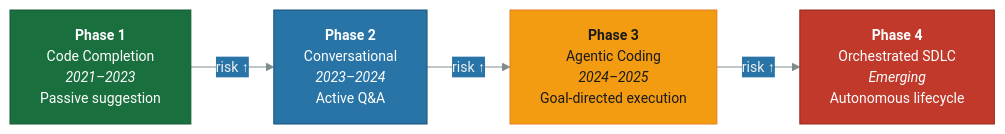
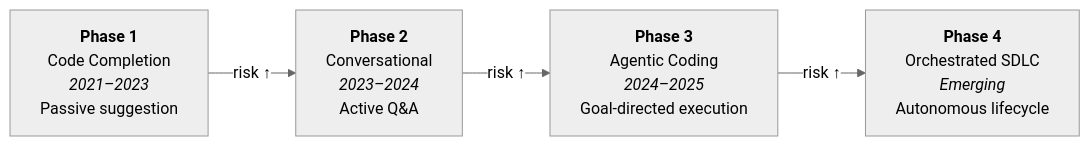
Before and after one commit to danielmeppiel/agentic-sdlc-handbook: the diagram in handbook/ch02-the-ai-native-landscape.qmd, drawn with Mermaid. The commit also changed 15 other files, not shown here.

First line of the commit message:
fix: strip custom colors, use Mermaid neutral theme for clean diagrams

````diff
--- a/handbook/ch02-the-ai-native-landscape.qmd
+++ b/handbook/ch02-the-ai-native-landscape.qmd
@@ -41,19 +41,15 @@
 ```{mermaid}
 %%| fig-width: 4.5
 %%| fig-cap: "Four phases of AI-assisted development evolution"
 %%| fig-alt: "A left-to-right flowchart showing four phases of AI evolution connected by arrows labeled 'risk up'. Phase 1 is Code Completion (2021–2023, passive suggestion). Phase 2 is Conversational (2023–2024, active Q&A). Phase 3 is Agentic Coding (2024–2025, goal-directed execution). Phase 4 is Orchestrated SDLC (emerging, autonomous lifecycle). Phases progress from low risk in green through medium in blue and high in orange to very high risk in red."
 %%| label: fig-ai-evolution
-%%{init: {'theme': 'base', 'themeVariables': {'primaryColor': '#2c3e50', 'primaryTextColor': '#ecf0f1', 'primaryBorderColor': '#34495e', 'lineColor': '#7f8c8d', 'secondaryColor': '#2874a6', 'tertiaryColor': '#ecf0f1', 'fontSize': '14px'}}}%%
+%%{init: {'theme': 'neutral'}}%%
 flowchart LR
     P1["<b>Phase 1</b><br/>Code Completion<br/><em>2021–2023</em><br/>Passive suggestion"]
     P2["<b>Phase 2</b><br/>Conversational<br/><em>2023–2024</em><br/>Active Q&A"]
     P3["<b>Phase 3</b><br/>Agentic Coding<br/><em>2024–2025</em><br/>Goal-directed execution"]
     P4["<b>Phase 4</b><br/>Orchestrated SDLC<br/><em>Emerging</em><br/>Autonomous lifecycle"]
 
     P1 -->|"risk ↑"| P2 -->|"risk ↑"| P3 -->|"risk ↑"| P4
 
-    style P1 fill:#196f3d,stroke:#145a32,color:#fff
-    style P2 fill:#2874a6,stroke:#1a5276,color:#fff
-    style P3 fill:#f39c12,stroke:#e67e22,color:#1a1a1a
-    style P4 fill:#c0392b,stroke:#922b21,color:#fff
 ```
````
